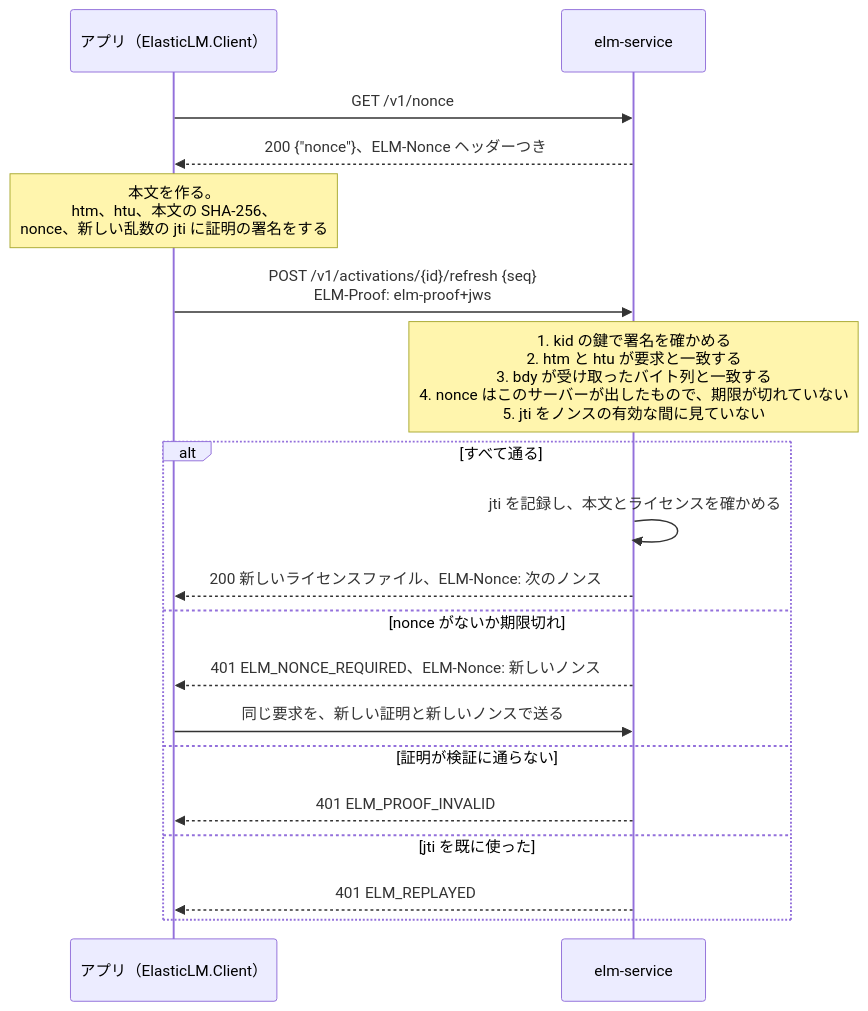
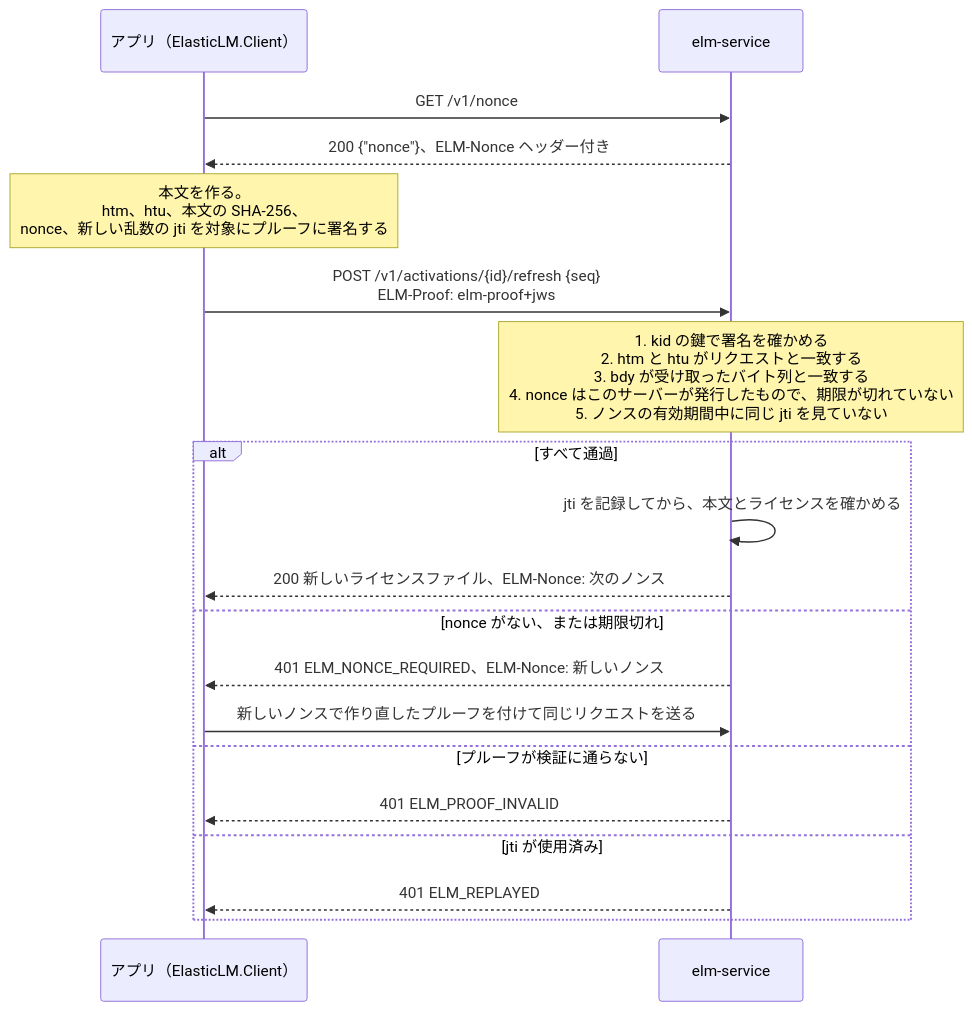
Before and after one commit to YUKIKEDA/ElasticLM: the diagram in docs/guide.ja/explanation/devices-and-proofs.md, drawn with Mermaid. The commit also changed other lines of this file and 17 other files, not shown here.

````diff
--- a/docs/guide.ja/explanation/devices-and-proofs.md
+++ b/docs/guide.ja/explanation/devices-and-proofs.md
@@ -78,21 +78,21 @@
 ```mermaid
 sequenceDiagram
     participant A as アプリ（ElasticLM.Client）
     participant S as elm-service
     A->>S: GET /v1/nonce
-    S-->>A: 200 {"nonce"}、ELM-Nonce ヘッダーつき
-    Note over A: 本文を作る。<br/>htm、htu、本文の SHA-256、<br/>nonce、新しい乱数の jti に証明の署名をする
+    S-->>A: 200 {"nonce"}、ELM-Nonce ヘッダー付き
+    Note over A: 本文を作る。<br/>htm、htu、本文の SHA-256、<br/>nonce、新しい乱数の jti を対象にプルーフに署名する
     A->>S: POST /v1/activations/{id}/refresh {seq}<br/>ELM-Proof: elm-proof+jws
-    Note over S: 1. kid の鍵で署名を確かめる<br/>2. htm と htu が要求と一致する<br/>3. bdy が受け取ったバイト列と一致する<br/>4. nonce はこのサーバーが出したもので、期限が切れていない<br/>5. jti をノンスの有効な間に見ていない
-    alt すべて通る
-        S->>S: jti を記録し、本文とライセンスを確かめる
+    Note over S: 1. kid の鍵で署名を確かめる<br/>2. htm と htu がリクエストと一致する<br/>3. bdy が受け取ったバイト列と一致する<br/>4. nonce はこのサーバーが発行したもので、期限が切れていない<br/>5. ノンスの有効期間中に同じ jti を見ていない
+    alt すべて通過
+        S->>S: jti を記録してから、本文とライセンスを確かめる
         S-->>A: 200 新しいライセンスファイル、ELM-Nonce: 次のノンス
-    else nonce がないか期限切れ
+    else nonce がない、または期限切れ
         S-->>A: 401 ELM_NONCE_REQUIRED、ELM-Nonce: 新しいノンス
-        A->>S: 同じ要求を、新しい証明と新しいノンスで送る
-    else 証明が検証に通らない
+        A->>S: 新しいノンスで作り直したプルーフを付けて同じリクエストを送る
+    else プルーフが検証に通らない
         S-->>A: 401 ELM_PROOF_INVALID
-    else jti を既に使った
+    else jti が使用済み
         S-->>A: 401 ELM_REPLAYED
     end
 ```
````
